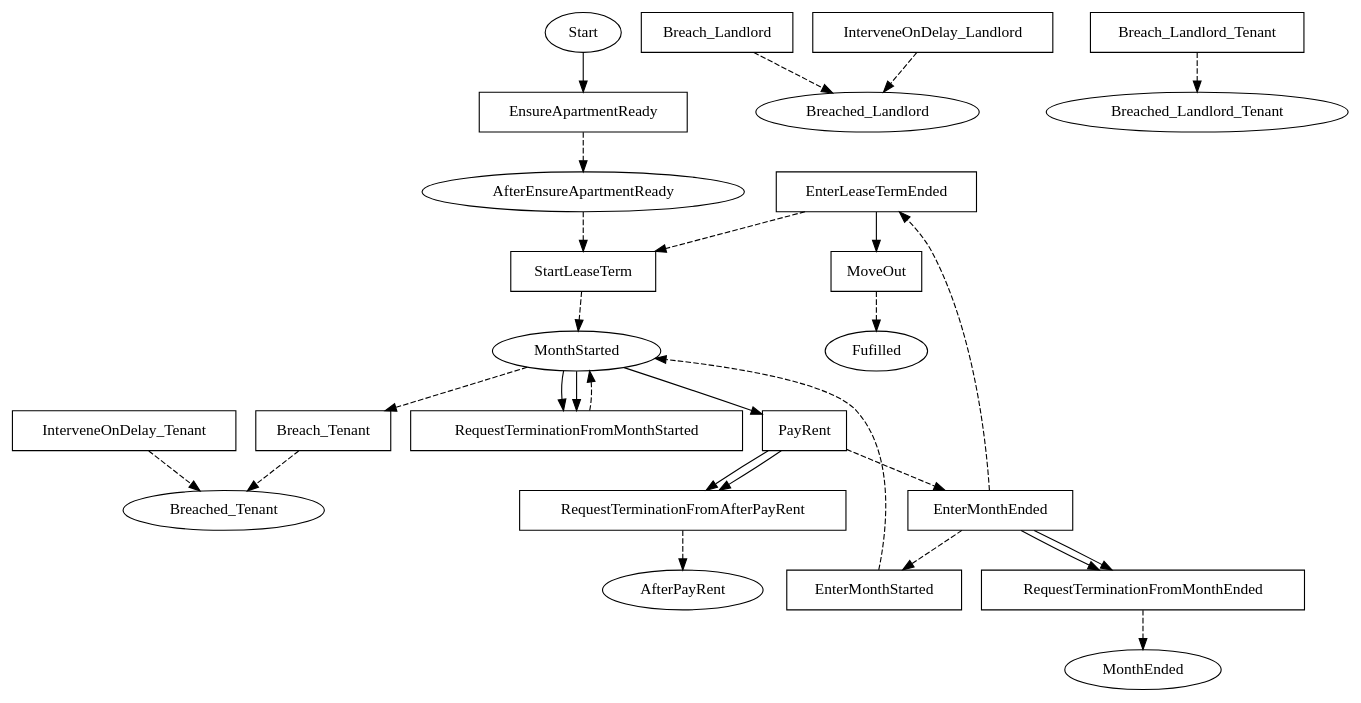
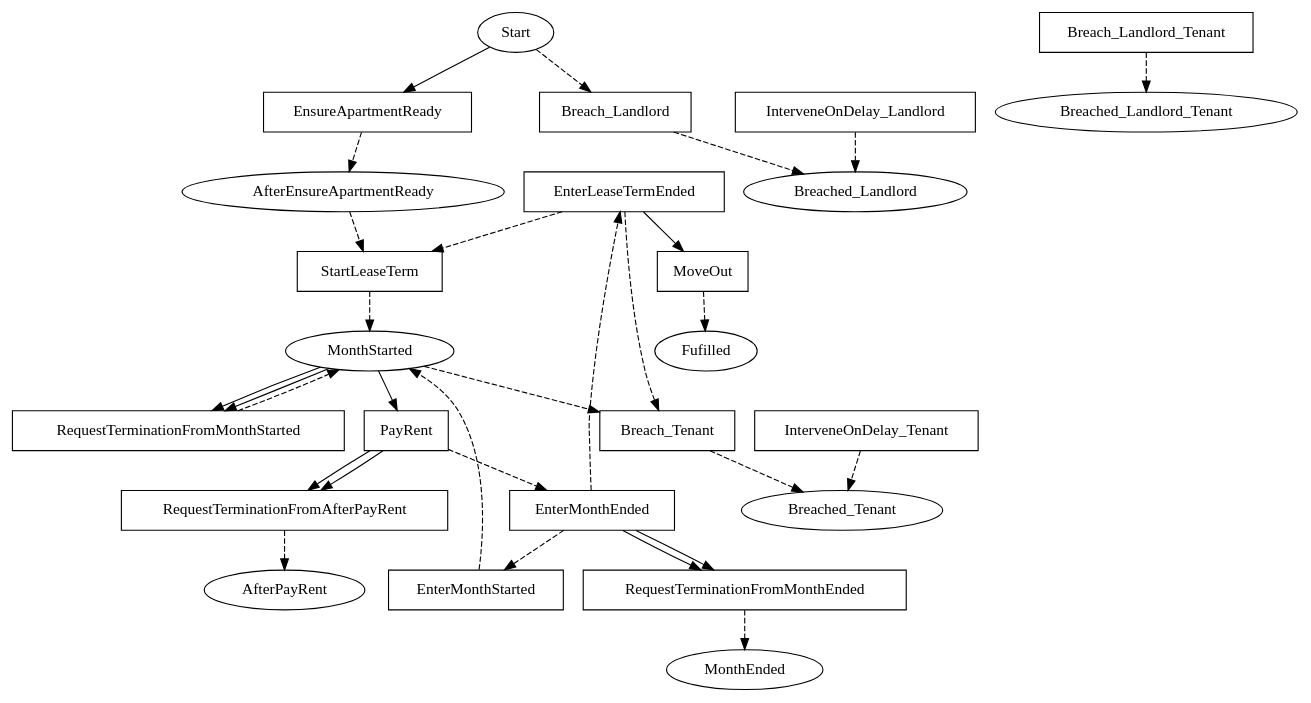
The diagram in linear_state_machine_language/pyL4/examples/out_graphviz/from_academic_lit/hvitved_lease.dot (Marcao02/complaw-deeptech), drawn with Graphviz before and after one commit. The commit also changed 39 other files, not shown here.

```diff
--- a/linear_state_machine_language/pyL4/examples/out_graphviz/from_academic_lit/hvitved_lease.dot
+++ b/linear_state_machine_language/pyL4/examples/out_graphviz/from_academic_lit/hvitved_lease.dot
@@ -1,62 +1,64 @@
 // THIS IS A GENERATED FILE. DO NOT EDIT.
 
 digraph Lease_Hvitved {    
     Fulfilled[label=Fufilled];
     Start[label=Start];
 	AfterEnsureApartmentReady[label=AfterEnsureApartmentReady];
 	MonthStarted[label=MonthStarted];
 	Breached_Tenant[label=Breached_Tenant];
 	Breached_Landlord[label=Breached_Landlord];
 	Breached_Landlord_Tenant[label=Breached_Landlord_Tenant]
     
      
     RequestTerminationFromMonthStarted[label=RequestTerminationFromMonthStarted,shape=box];
 	RequestTerminationFromAfterPayRent[label=RequestTerminationFromAfterPayRent,shape=box];
 	RequestTerminationFromMonthEnded[label=RequestTerminationFromMonthEnded,shape=box];
 	EnsureApartmentReady[label=EnsureApartmentReady,shape=box];
 	StartLeaseTerm[label=StartLeaseTerm,shape=box];
 	EnterMonthStarted[label=EnterMonthStarted,shape=box];
 	PayRent[label=PayRent,shape=box];
 	EnterMonthEnded[label=EnterMonthEnded,shape=box];
 	EnterLeaseTermEnded[label=EnterLeaseTermEnded,shape=box];
 	MoveOut[label=MoveOut,shape=box];
 	Breach_Tenant[label=Breach_Tenant,shape=box];
 	Breach_Landlord[label=Breach_Landlord,shape=box];
 	Breach_Landlord_Tenant[label=Breach_Landlord_Tenant,shape=box];
 	InterveneOnDelay_Landlord[label=InterveneOnDelay_Landlord,shape=box];
 	InterveneOnDelay_Tenant[label=InterveneOnDelay_Tenant,shape=box]    
     
     
     
     Start -> EnsureApartmentReady;
+	Start -> Breach_Landlord [style=dashed];
 	AfterEnsureApartmentReady -> StartLeaseTerm [style=dashed];
 	MonthStarted -> PayRent;
 	MonthStarted -> Breach_Tenant [style=dashed];
 	MonthStarted -> RequestTerminationFromMonthStarted;
 	MonthStarted -> RequestTerminationFromMonthStarted;
 	PayRent -> EnterMonthEnded [style=dashed];
 	PayRent -> RequestTerminationFromAfterPayRent;
 	PayRent -> RequestTerminationFromAfterPayRent;
 	EnterMonthEnded -> EnterLeaseTermEnded [style=dashed];
 	EnterMonthEnded -> EnterMonthStarted [style=dashed];
 	EnterMonthEnded -> RequestTerminationFromMonthEnded;
 	EnterMonthEnded -> RequestTerminationFromMonthEnded;
 	EnterLeaseTermEnded -> MoveOut;
+	EnterLeaseTermEnded -> Breach_Tenant [style=dashed];
 	EnterLeaseTermEnded -> StartLeaseTerm [style=dashed]
     
     RequestTerminationFromMonthStarted -> MonthStarted [style=dashed];
 	RequestTerminationFromAfterPayRent -> AfterPayRent [style=dashed];
 	RequestTerminationFromMonthEnded -> MonthEnded [style=dashed];
 	EnsureApartmentReady -> AfterEnsureApartmentReady [style=dashed];
 	StartLeaseTerm -> MonthStarted [style=dashed];
 	EnterMonthStarted -> MonthStarted [style=dashed];
 	MoveOut -> Fulfilled [style=dashed];
 	Breach_Tenant -> Breached_Tenant [style=dashed];
 	Breach_Landlord -> Breached_Landlord [style=dashed];
 	Breach_Landlord_Tenant -> Breached_Landlord_Tenant [style=dashed];
 	InterveneOnDelay_Landlord -> Breached_Landlord [style=dashed];
 	InterveneOnDelay_Tenant -> Breached_Tenant [style=dashed];
 	     
     
        
 }
```
